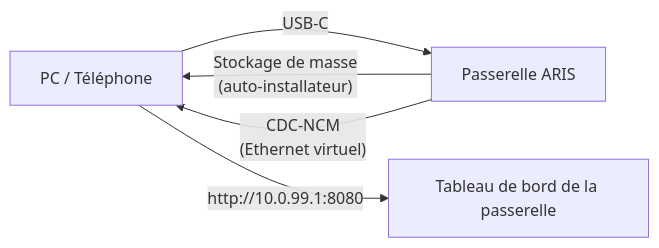
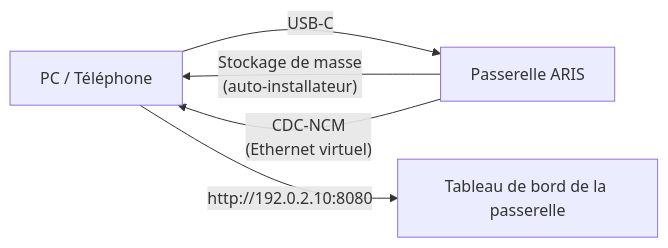
One commit to celestia-island/aris changed the diagram in docs/fr/guides/usb-c-provisioning.md. Above: the diagram before and after it, drawn with Mermaid. The commit also changed other lines of this file and 18 other files, not shown here.

````diff
--- a/docs/fr/guides/usb-c-provisioning.md
+++ b/docs/fr/guides/usb-c-provisioning.md
@@ -27,7 +27,7 @@
 ```mermaid
 flowchart LR
     HOST["PC / Téléphone"] -->|"USB-C"| ARIS["Passerelle ARIS"]
     ARIS -->|"Stockage de masse\n(auto-installateur)"| HOST
     ARIS -->|"CDC-NCM\n(Ethernet virtuel)"| HOST
-    HOST -->|"http://10.0.99.1:8080"| DASH["Tableau de bord de la passerelle"]
+    HOST -->|"http://192.0.2.10:8080"| DASH["Tableau de bord de la passerelle"]
 ```
````
